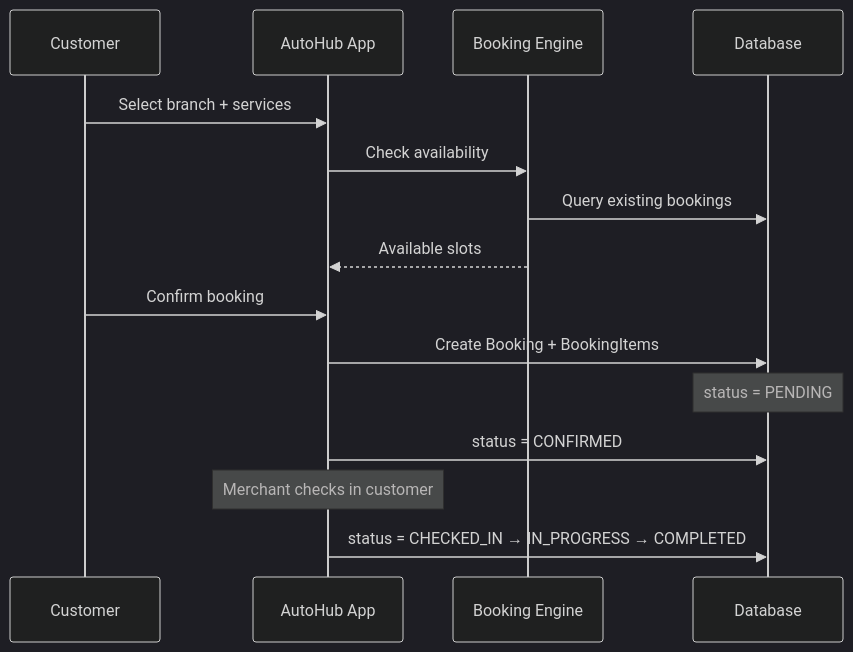
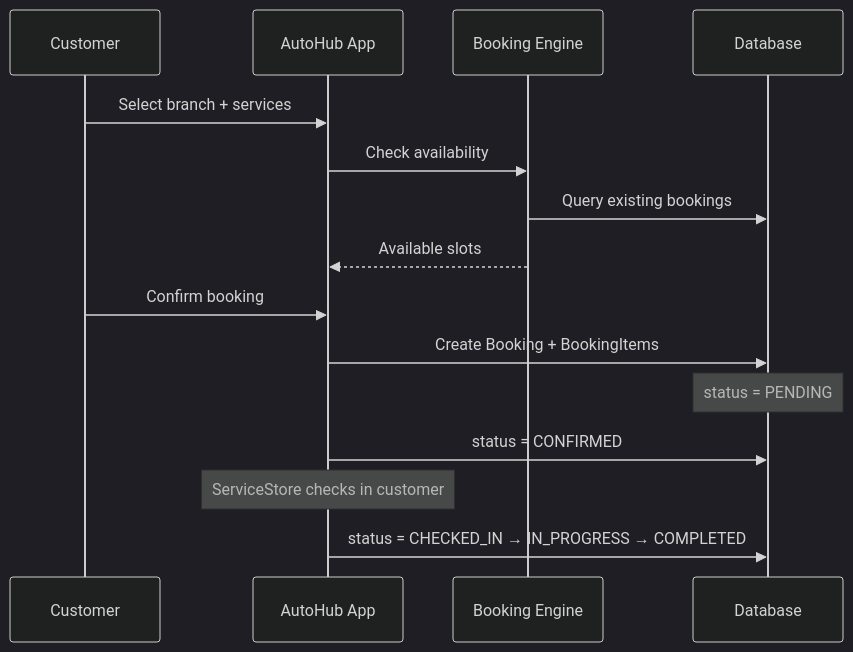
Before and after one commit to plc-r-dev/autohub: the third of 3 diagrams in docs/architecture/booking.md, drawn with Mermaid (dark theme). The commit also changed other lines of this file and 286 other files, not shown here.

First line of the commit message:
refactor: complete merchant-to-ServiceStore rename and customer LIFF restructure

````diff
--- a/docs/architecture/booking.md
+++ b/docs/architecture/booking.md
@@ -147,18 +147,18 @@
 ```mermaid
 sequenceDiagram
   participant C as Customer
   participant App as AutoHub App
   participant BE as Booking Engine
   participant DB as Database
 
   C->>App: Select branch + services
   App->>BE: Check availability
   BE->>DB: Query existing bookings
   BE-->>App: Available slots
   C->>App: Confirm booking
   App->>DB: Create Booking + BookingItems
   Note over DB: status = PENDING
   App->>DB: status = CONFIRMED
-  Note over App: Merchant checks in customer
+  Note over App: ServiceStore checks in customer
   App->>DB: status = CHECKED_IN → IN_PROGRESS → COMPLETED
 ```
````
